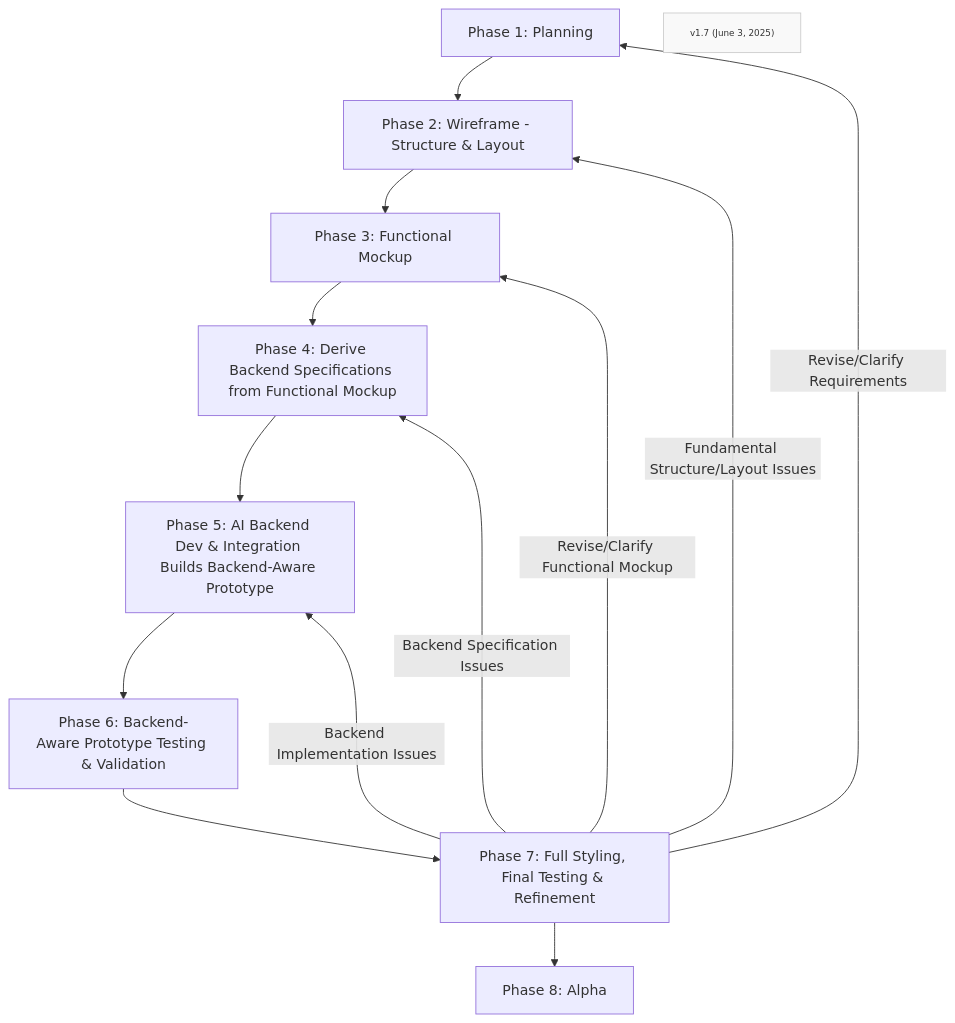
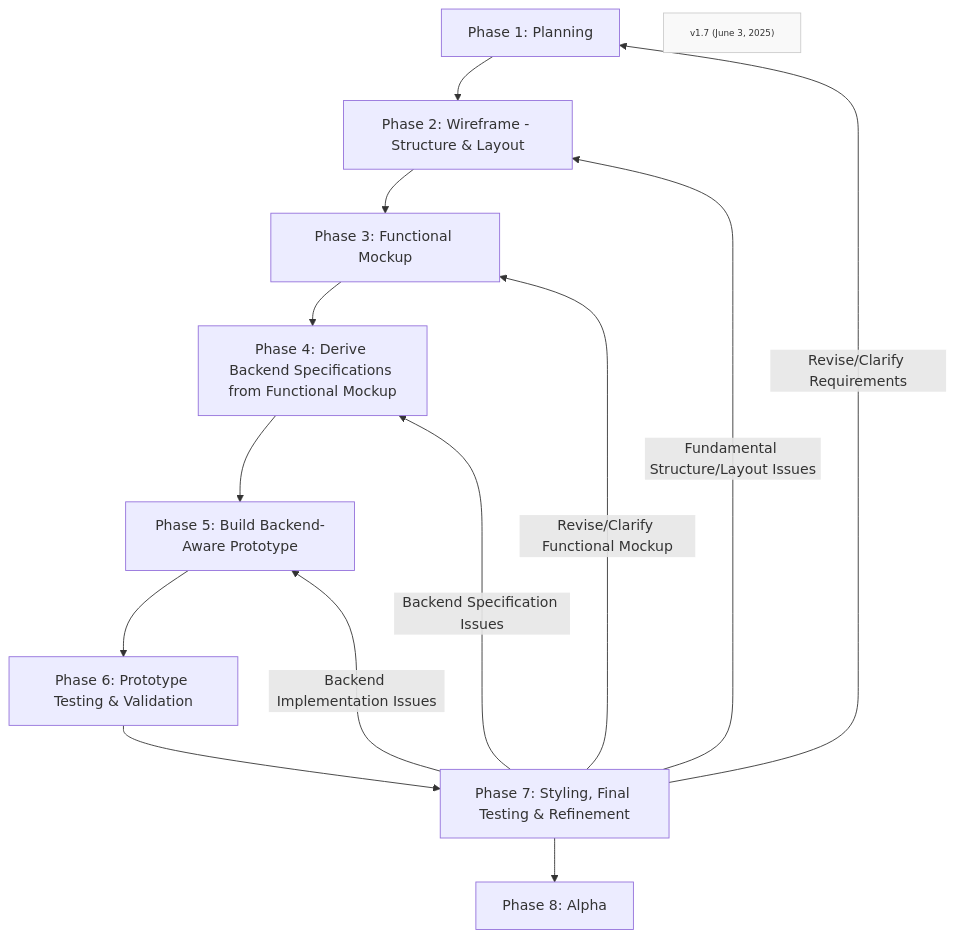
One commit to Mharbulous/Front-First-Method changed the diagram in Phases/FF-overview.md. Above: the diagram before and after it, drawn with Mermaid.

Commit message:
Revised overview

````diff
--- a/Phases/FF-overview.md
+++ b/Phases/FF-overview.md
@@ -1,22 +1,22 @@
 ```mermaid
 graph TD
     Phase1["Phase 1: Planning"] --> Phase2["Phase 2: Wireframe - Structure & Layout"]
     Phase2 --> Phase3["Phase 3: Functional Mockup"]
     Phase3 --> Phase4["Phase 4: Derive Backend Specifications from Functional Mockup"]
-    Phase4 --> Phase5["Phase 5: AI Backend Dev & Integration Builds Backend-Aware Prototype"]
-    Phase5 --> Phase6["Phase 6: Backend-Aware Prototype Testing & Validation"]
-    Phase6 --> Phase7["Phase 7: Full Styling, Final Testing & Refinement"]
+    Phase4 --> Phase5["Phase 5: Build Backend-Aware Prototype"]
+    Phase5 --> Phase6["Phase 6: Prototype Testing & Validation"]
+    Phase6 --> Phase7["Phase 7: Styling, Final Testing & Refinement"]
     Phase7 --> Phase8["Phase 8: Alpha"]
     
     Phase7 -->|Revise/Clarify Requirements| Phase1
     Phase7 -->|Fundamental Structure/Layout Issues| Phase2
     Phase7 -->|Revise/Clarify Functional Mockup| Phase3
     Phase7 -->|Backend Specification Issues| Phase4
     Phase7 -->|Backend Implementation Issues| Phase5            
     
     
 
     VersionInfo["v1.7 (June 3, 2025)"]
     classDef version fill:#f9f9f9,stroke:#ccc,font-size:10px;
     class VersionInfo version
 ```
````
